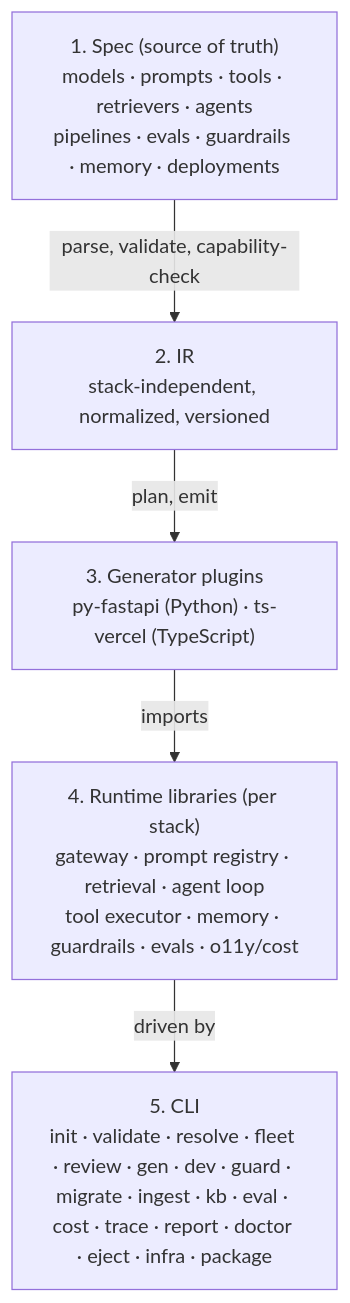
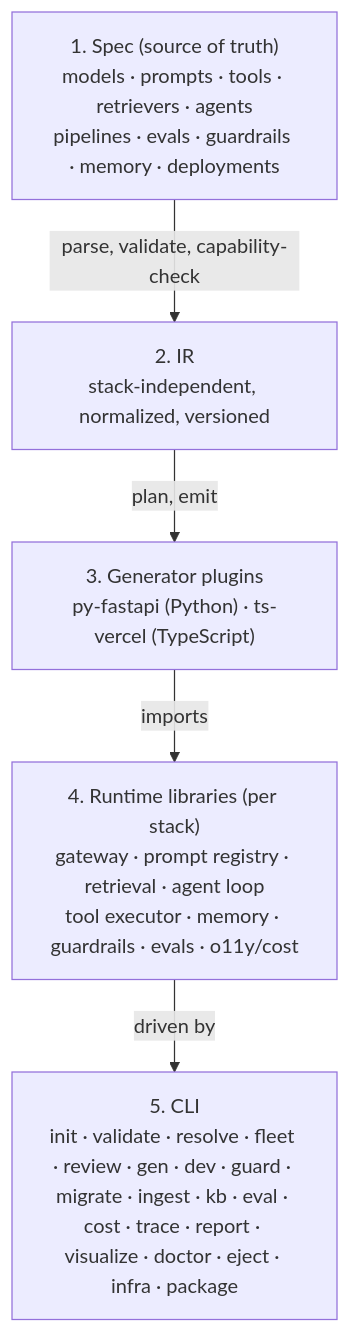
One commit to aid-framework/aid-framework changed the diagram in README.md. Above: the diagram before and after it, drawn with Mermaid. The commit also changed other lines of this file and 25 other files, not shown here.

````diff
--- a/README.md
+++ b/README.md
@@ -45,12 +45,12 @@
 ```mermaid
 flowchart TD
     A["1. Spec (source of truth)<br/>models · prompts · tools · retrievers · agents<br/>pipelines · evals · guardrails · memory · deployments"]
     B["2. IR<br/>stack-independent, normalized, versioned"]
     C["3. Generator plugins<br/>py-fastapi (Python) · ts-vercel (TypeScript)"]
     D["4. Runtime libraries (per stack)<br/>gateway · prompt registry · retrieval · agent loop<br/>tool executor · memory · guardrails · evals · o11y/cost"]
-    E["5. CLI<br/>init · validate · resolve · fleet · review · gen · dev · guard · migrate · ingest · kb · eval · cost · trace · report · doctor · eject · infra · package"]
+    E["5. CLI<br/>init · validate · resolve · fleet · review · gen · dev · guard · migrate · ingest · kb · eval · cost · trace · report · visualize · doctor · eject · infra · package"]
     A -->|parse, validate, capability-check| B
     B -->|plan, emit| C
     C -->|imports| D
     D -->|driven by| E
 ```
````
